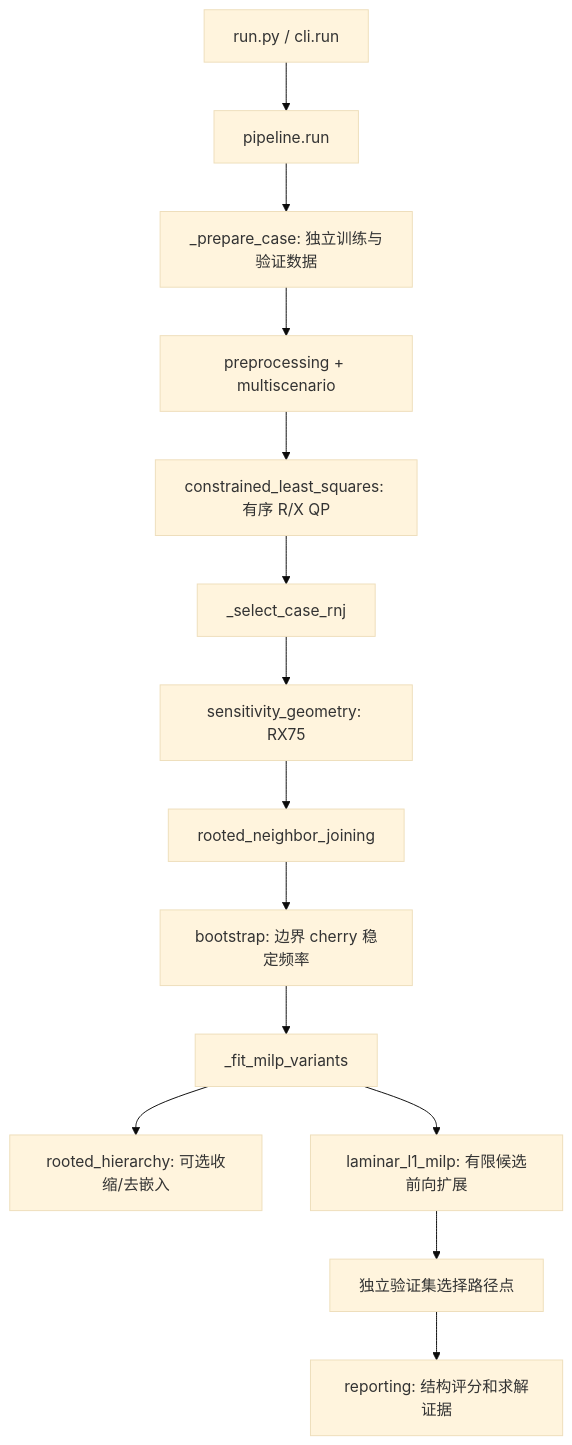
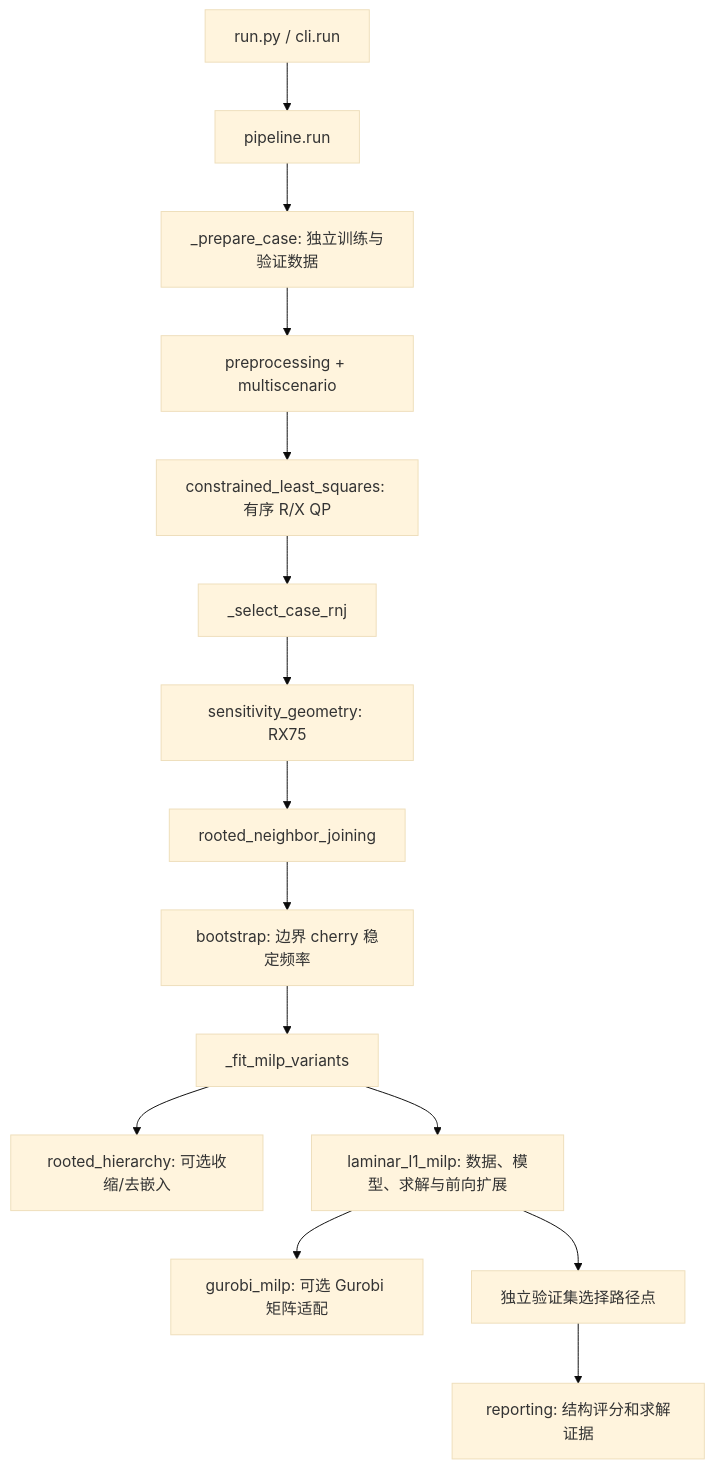
Before and after one commit to tutu-er/Topo: the diagram in rnj_wzzt_core/docs/code_structure.md, drawn with Mermaid (base theme). The commit also changed other lines of this file and 74 other files, not shown here.

```diff
--- a/rnj_wzzt_core/docs/code_structure.md
+++ b/rnj_wzzt_core/docs/code_structure.md
@@ -8,16 +8,17 @@
 ~~~mermaid
 flowchart TD
     A[run.py / cli.run] --> B[pipeline.run]
     B --> C[_prepare_case: 独立训练与验证数据]
     C --> D[preprocessing + multiscenario]
     D --> E[constrained_least_squares: 有序 R/X QP]
     E --> F[_select_case_rnj]
     F --> G[sensitivity_geometry: RX75]
     G --> H[rooted_neighbor_joining]
     H --> I[bootstrap: 边界 cherry 稳定频率]
     I --> J[_fit_milp_variants]
     J --> K[rooted_hierarchy: 可选收缩/去嵌入]
-    J --> L[laminar_l1_milp: 有限候选前向扩展]
+    J --> L[laminar_l1_milp: 数据、模型、求解与前向扩展]
+    L --> Q[gurobi_milp: 可选 Gurobi 矩阵适配]
     L --> M[独立验证集选择路径点]
     M --> N[reporting: 结构评分和求解证据]
 ~~~
```
